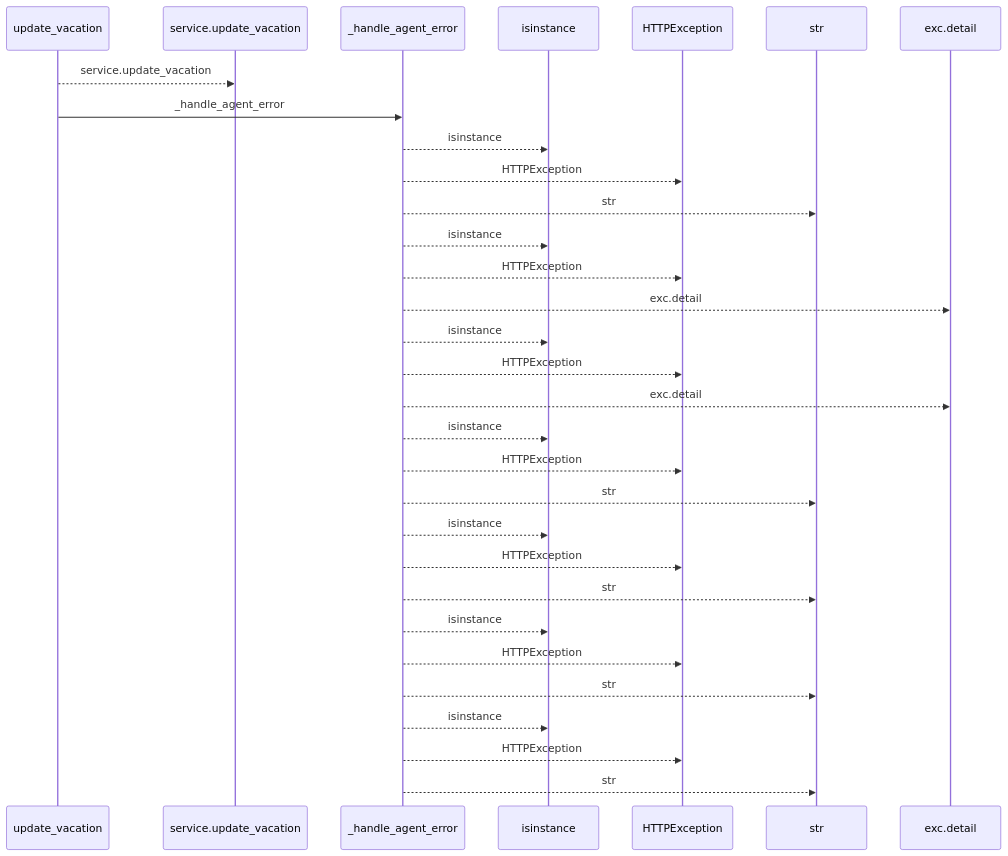
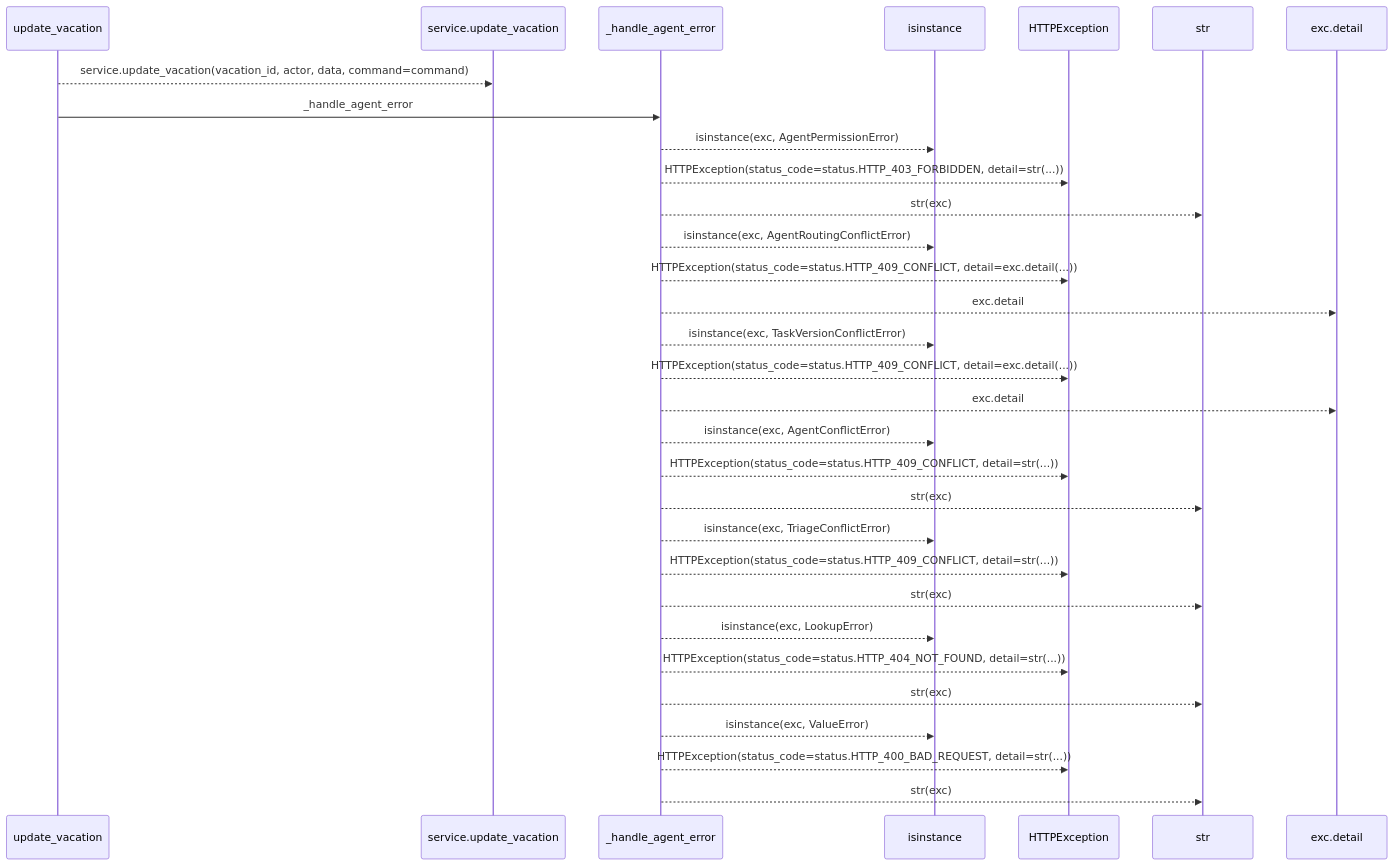
One commit to Denissvgn/WorkChord changed the first of 2 diagrams in docs/llm_wiki/flows/http-update_vacation.md. Above: the diagram before and after it, drawn with Mermaid. The commit also changed other lines of this file and 25171 other files, not shown here.

````diff
--- a/docs/llm_wiki/flows/http-update_vacation.md
+++ b/docs/llm_wiki/flows/http-update_vacation.md
@@ -10,33 +12,33 @@
 ```mermaid
 sequenceDiagram
     participant p0 as update_vacation
     participant p1 as service.update_vacation
     participant p2 as _handle_agent_error
     participant p3 as isinstance
     participant p4 as HTTPException
     participant p5 as str
     participant p6 as exc.detail
-    p0-->>p1: service.update_vacation
+    p0-->>p1: service.update_vacation(vacation_id, actor, data, command=command)
     p0->>p2: _handle_agent_error
-    p2-->>p3: isinstance
-    p2-->>p4: HTTPException
-    p2-->>p5: str
-    p2-->>p3: isinstance
-    p2-->>p4: HTTPException
+    p2-->>p3: isinstance(exc, AgentPermissionError)
+    p2-->>p4: HTTPException(status_code=status.HTTP_403_FORBIDDEN, detail=str(...))
+    p2-->>p5: str(exc)
+    p2-->>p3: isinstance(exc, AgentRoutingConflictError)
+    p2-->>p4: HTTPException(status_code=status.HTTP_409_CONFLICT, detail=exc.detail(...))
     p2-->>p6: exc.detail
-    p2-->>p3: isinstance
-    p2-->>p4: HTTPException
+    p2-->>p3: isinstance(exc, TaskVersionConflictError)
+    p2-->>p4: HTTPException(status_code=status.HTTP_409_CONFLICT, detail=exc.detail(...))
     p2-->>p6: exc.detail
-    p2-->>p3: isinstance
-    p2-->>p4: HTTPException
-    p2-->>p5: str
-    p2-->>p3: isinstance
-    p2-->>p4: HTTPException
-    p2-->>p5: str
-    p2-->>p3: isinstance
-    p2-->>p4: HTTPException
-    p2-->>p5: str
-    p2-->>p3: isinstance
-    p2-->>p4: HTTPException
-    p2-->>p5: str
+    p2-->>p3: isinstance(exc, AgentConflictError)
+    p2-->>p4: HTTPException(status_code=status.HTTP_409_CONFLICT, detail=str(...))
+    p2-->>p5: str(exc)
+    p2-->>p3: isinstance(exc, TriageConflictError)
+    p2-->>p4: HTTPException(status_code=status.HTTP_409_CONFLICT, detail=str(...))
+    p2-->>p5: str(exc)
+    p2-->>p3: isinstance(exc, LookupError)
+    p2-->>p4: HTTPException(status_code=status.HTTP_404_NOT_FOUND, detail=str(...))
+    p2-->>p5: str(exc)
+    p2-->>p3: isinstance(exc, ValueError)
+    p2-->>p4: HTTPException(status_code=status.HTTP_400_BAD_REQUEST, detail=str(...))
+    p2-->>p5: str(exc)
 ```
````
